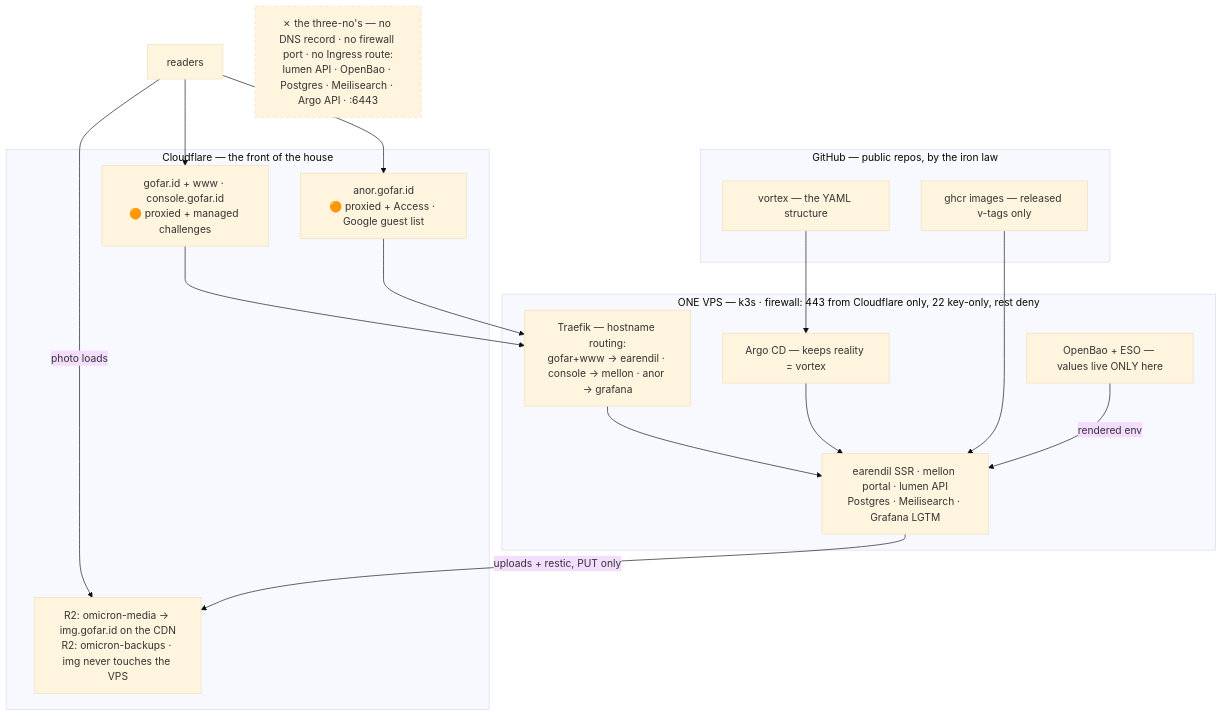
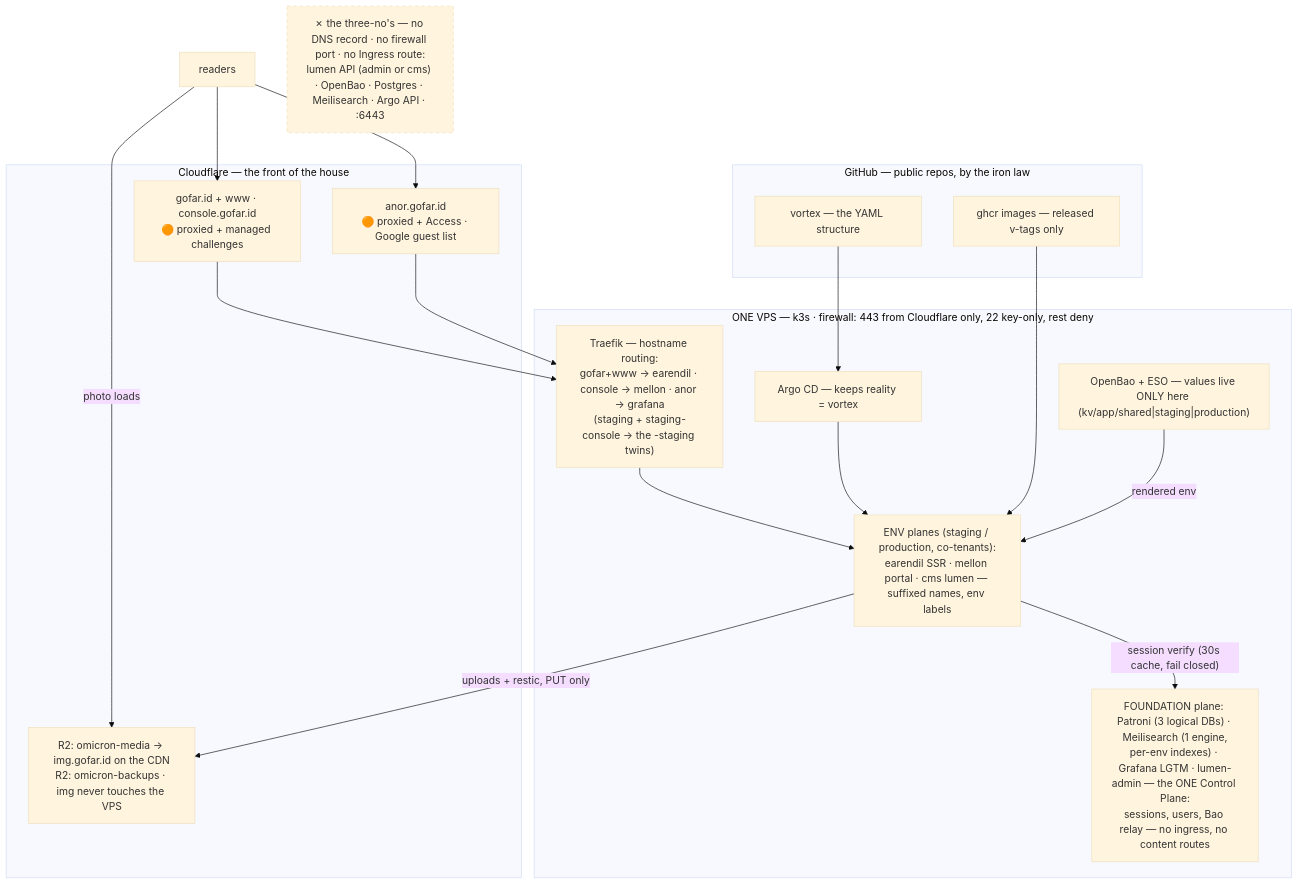
The diagram in runbook/00-overview.md (kanatabi/omicron), drawn with Mermaid (base theme) before and after one commit. The commit also changed other lines of this file and 17 other files, not shown here.

````diff
--- a/runbook/00-overview.md
+++ b/runbook/00-overview.md
@@ -43,30 +50,32 @@
 ```mermaid
 flowchart TB
     subgraph CF["Cloudflare — the front of the house"]
         D1["gofar.id + www · console.gofar.id<br/>🟠 proxied + managed challenges"]
         D2["anor.gofar.id<br/>🟠 proxied + Access · Google guest list"]
         R2["R2: omicron-media → img.gofar.id on the CDN<br/>R2: omicron-backups · img never touches the VPS"]
     end
 
     subgraph GH["GitHub — public repos, by the iron law"]
         V["vortex — the YAML structure"]
         I["ghcr images — released v-tags only"]
     end
 
     subgraph VPS["ONE VPS — k3s · firewall: 443 from Cloudflare only, 22 key-only, rest deny"]
-        T["Traefik — hostname routing:<br/>gofar+www → earendil · console → mellon · anor → grafana"]
-        A["earendil SSR · mellon portal · lumen API<br/>Postgres · Meilisearch · Grafana LGTM"]
-        B["OpenBao + ESO — values live ONLY here"]
+        T["Traefik — hostname routing:<br/>gofar+www → earendil · console → mellon · anor → grafana<br/>(staging + staging-console → the -staging twins)"]
+        P["FOUNDATION plane: Patroni (3 logical DBs) · Meilisearch (1 engine,<br/>per-env indexes) · Grafana LGTM · lumen-admin — the ONE Control Plane:<br/>sessions, users, Bao relay — no ingress, no content routes"]
+        A["ENV planes (staging / production, co-tenants):<br/>earendil SSR · mellon portal · cms lumen — suffixed names, env labels"]
+        B["OpenBao + ESO — values live ONLY here (kv/app/shared|staging|production)"]
         G["Argo CD — keeps reality = vortex"]
     end
 
     U["readers"] --> D1 --> T --> A
     U --> D2 --> T
     U -->|"photo loads"| R2
     A -->|"uploads + restic, PUT only"| R2
+    A -->|"session verify (30s cache, fail closed)"| P
     V --> G --> A
     I --> A
     B -->|"rendered env"| A
-    N["✗ the three-no's — no DNS record · no firewall port · no Ingress route:<br/>lumen API · OpenBao · Postgres · Meilisearch · Argo API · :6443"]
+    N["✗ the three-no's — no DNS record · no firewall port · no Ingress route:<br/>lumen API (admin or cms) · OpenBao · Postgres · Meilisearch · Argo API · :6443"]
     style N stroke-dasharray: 5 5
 ```
````
